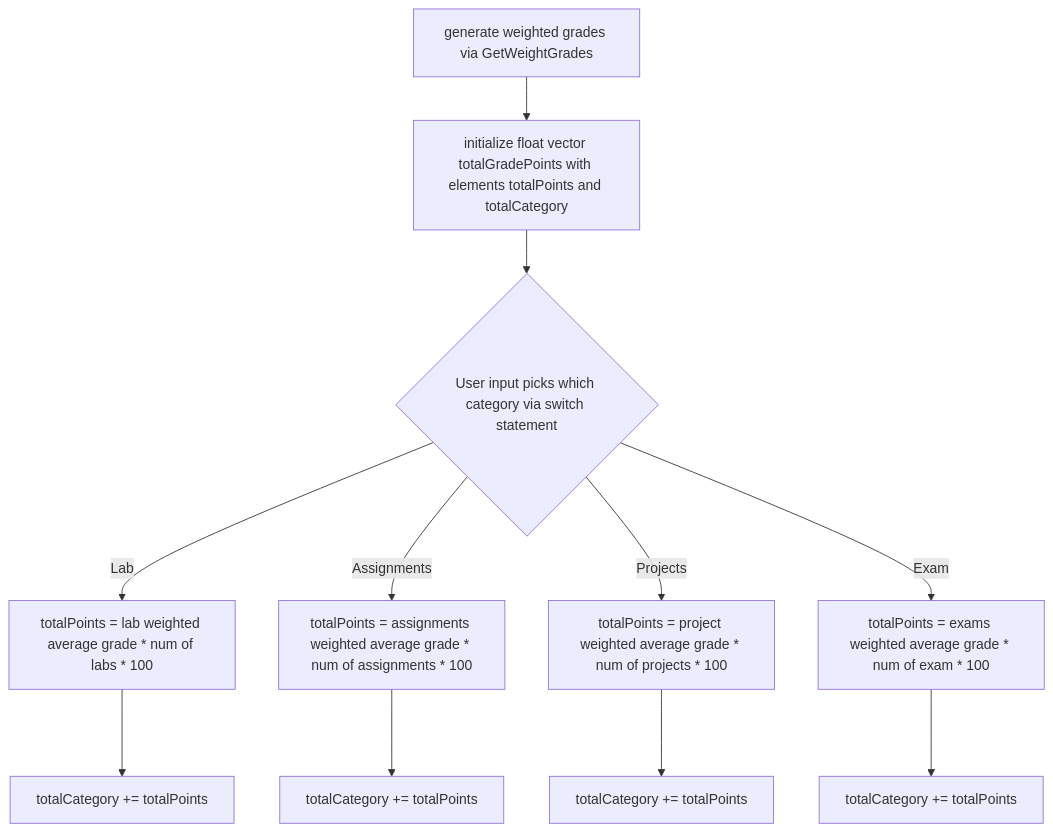
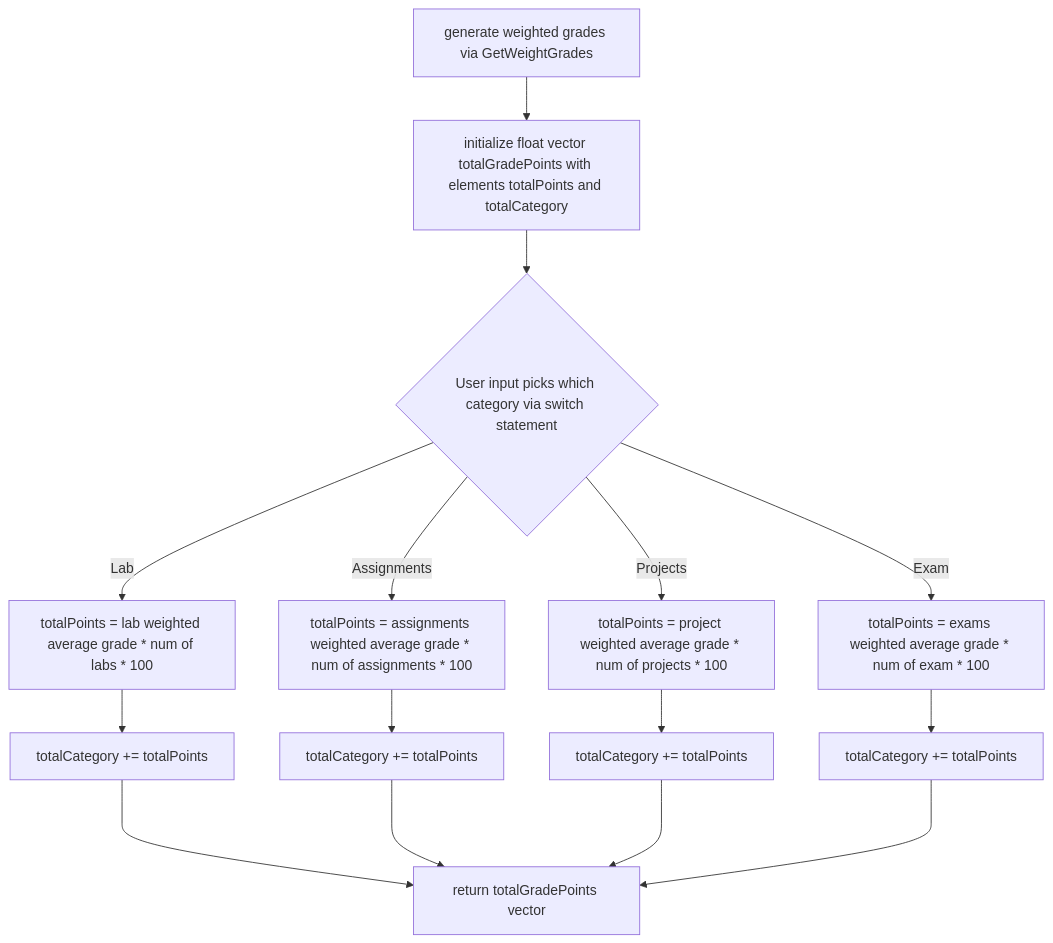
One commit to Jquijioc/212Project1 changed the third of 3 diagrams in README.md. Above: the diagram before and after it, drawn with Mermaid.

Commit message:
totalGrade flowchart

````diff
--- a/README.md
+++ b/README.md
@@ -110,15 +110,19 @@
 ```mermaid
 flowchart TD
     A[generate weighted grades via GetWeightGrades] --> B[initialize float vector totalGradePoints with elements totalPoints and totalCategory];
     B --> C{User input picks which category via switch statement};
     C -- Lab --> D[totalPoints = lab weighted average grade * num of labs * 100];
     C -- Assignments --> E[totalPoints = assignments weighted average grade * num of assignments * 100];
     C -- Projects --> F[totalPoints = project weighted average grade * num of projects * 100];
     C -- Exam --> G[totalPoints = exams weighted average grade * num of exam * 100];
-    D ---> H[totalCategory += totalPoints];
-    E ---> I[totalCategory += totalPoints];
-    F ---> J[totalCategory += totalPoints];
-    G ---> K[totalCategory += totalPoints];
+    D --> H[totalCategory += totalPoints];
+    E --> I[totalCategory += totalPoints];
+    F --> J[totalCategory += totalPoints];
+    G --> K[totalCategory += totalPoints];
+    H ---> L[return totalGradePoints vector];
+    I ---> L[return totalGradePoints vector];
+    J ---> L[return totalGradePoints vector];
+    K ---> L[return totalGradePoints vector];
   
 
 ```
````
